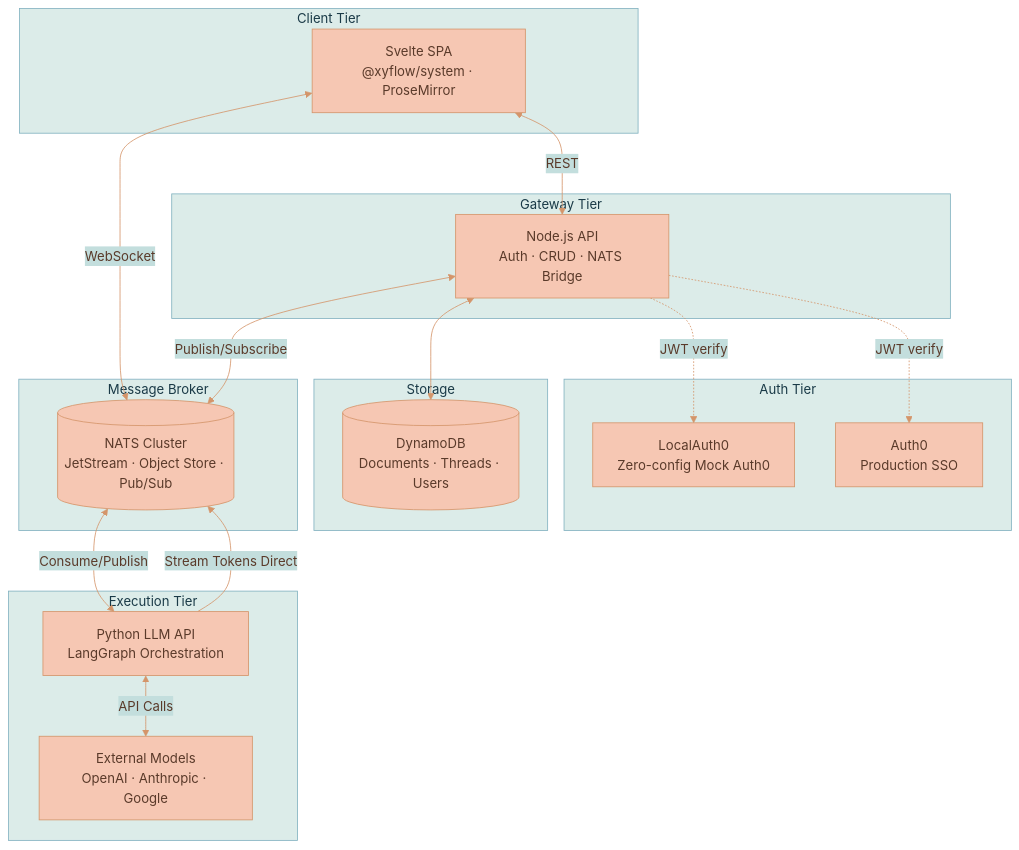
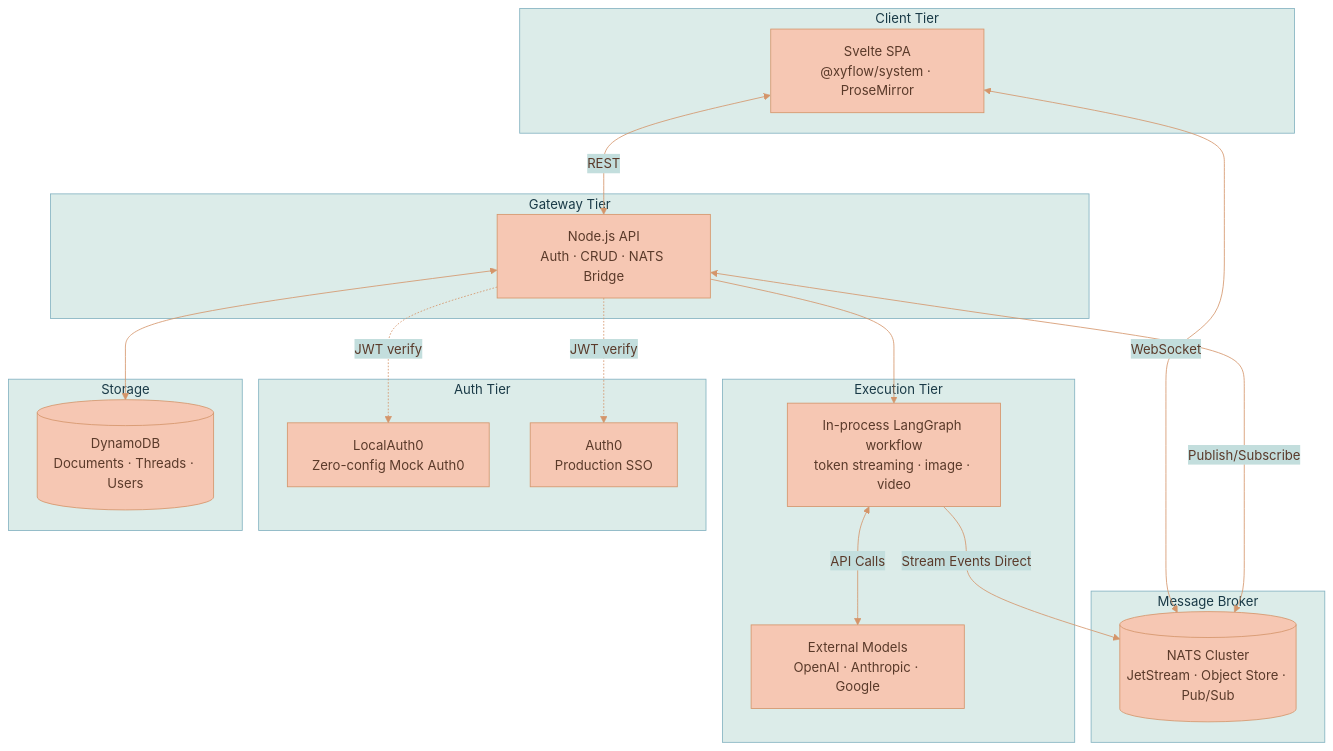
Before and after one commit to Lixpi/lixpi: the fourth of 7 diagrams in documentation/PRODUCT-OVERVIEW.md, drawn with Mermaid. The commit also changed other lines of this file and 13 other files, not shown here.

````diff
--- a/documentation/PRODUCT-OVERVIEW.md
+++ b/documentation/PRODUCT-OVERVIEW.md
@@ -144,39 +157,39 @@
 ```mermaid
 %%{init: {'theme': 'base', 'themeVariables': { 'primaryColor': '#F6C7B3', 'primaryTextColor': '#5a3a2a', 'primaryBorderColor': '#d4956a', 'secondaryColor': '#C3DEDD', 'secondaryTextColor': '#1a3a47', 'secondaryBorderColor': '#4a8a9d', 'tertiaryColor': '#DCECE9', 'tertiaryTextColor': '#1a3a47', 'tertiaryBorderColor': '#82B2C0', 'lineColor': '#d4956a', 'textColor': '#5a3a2a'}}}%%
 graph TB
     subgraph "Client Tier"
         UI[Svelte SPA<br/>@xyflow/system · ProseMirror]
     end
 
     subgraph "Gateway Tier"
         API[Node.js API<br/>Auth · CRUD · NATS Bridge]
     end
 
     subgraph "Message Broker"
         NATS[(NATS Cluster<br/>JetStream · Object Store · Pub/Sub)]
     end
 
     subgraph "Execution Tier"
-        PyLLM[Python LLM API<br/>LangGraph Orchestration]
+        LLM[In-process LangGraph workflow<br/>token streaming · image · video]
         Provider[External Models<br/>OpenAI · Anthropic · Google]
     end
 
     subgraph "Auth Tier"
         LA[LocalAuth0<br/>Zero-config Mock Auth0]
         Auth0[Auth0<br/>Production SSO]
     end
 
     subgraph "Storage"
         DDB[(DynamoDB<br/>Documents · Threads · Users)]
     end
 
     UI <-->|WebSocket| NATS
     UI <-->|REST| API
     API <-->|Publish/Subscribe| NATS
     API <--> DDB
-    NATS <-->|Consume/Publish| PyLLM
-    PyLLM <-->|API Calls| Provider
-    PyLLM -->|Stream Tokens Direct| NATS
+    API --> LLM
+    LLM <-->|API Calls| Provider
+    LLM -->|Stream Events Direct| NATS
     API -.->|JWT verify| LA
     API -.->|JWT verify| Auth0
 ```
````
